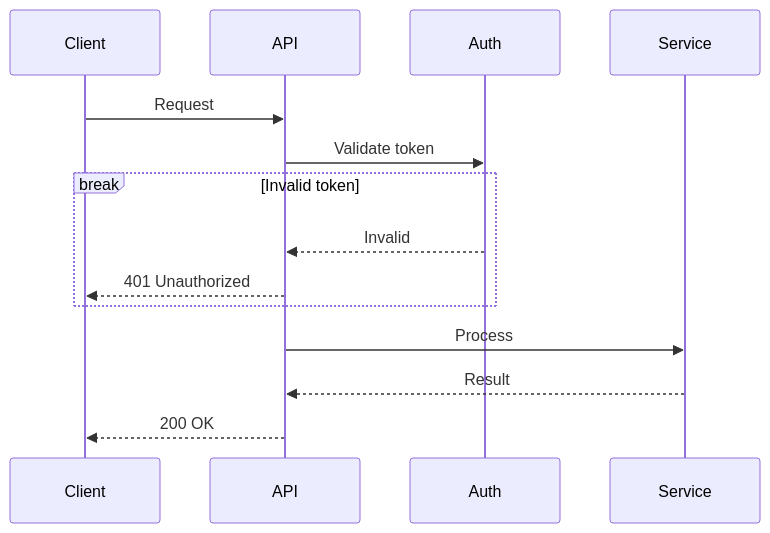
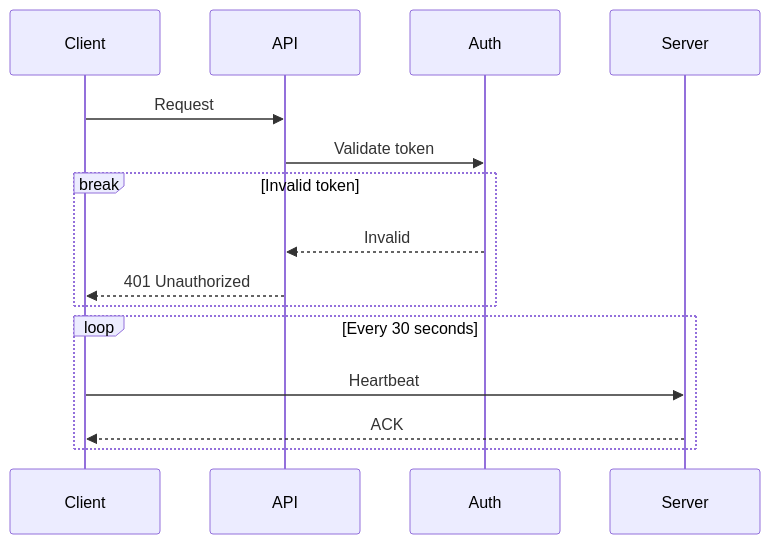
The fifth of 10 diagrams in .agents/tools/diagrams/mermaid-diagrams-skill/sequence.md (marcusquinn/aidevops), drawn with Mermaid before and after one commit. The commit also changed other lines of this file, not shown here.

First line of the commit message:
refactor: tighten sequence.md from 408 to 240 lines (41% reduction)

````diff
--- a/.agents/tools/diagrams/mermaid-diagrams-skill/sequence.md
+++ b/.agents/tools/diagrams/mermaid-diagrams-skill/sequence.md
@@ -188,14 +86,15 @@
 ```mermaid
 sequenceDiagram
     Client->>API: Request
     API->>Auth: Validate token
 
     break Invalid token
         Auth-->>API: Invalid
         API-->>Client: 401 Unauthorized
     end
 
-    API->>Service: Process
-    Service-->>API: Result
-    API-->>Client: 200 OK
+    loop Every 30 seconds
+        Client->>Server: Heartbeat
+        Server-->>Client: ACK
+    end
 ```
````
